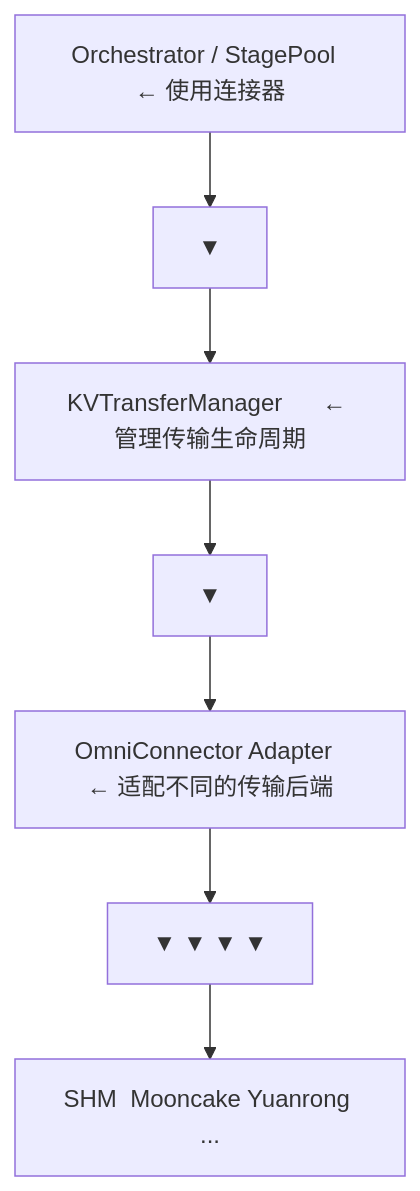
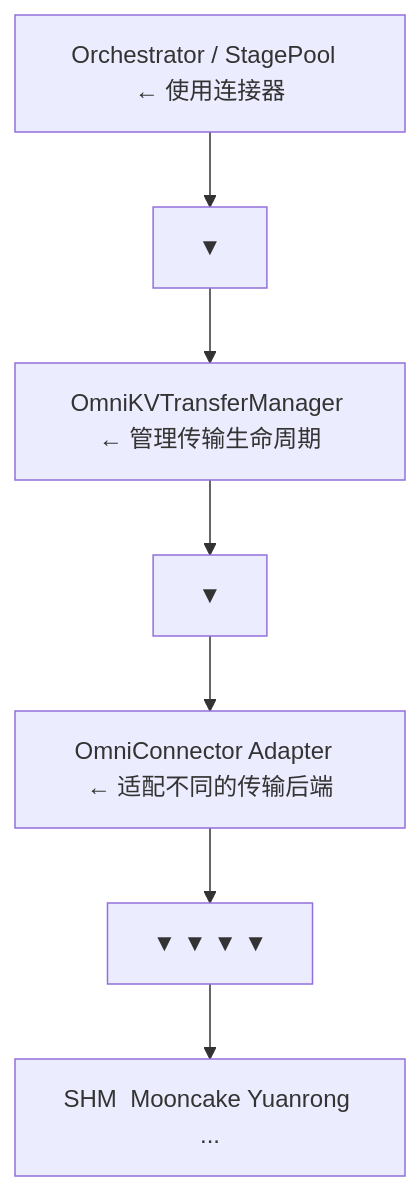
Before and after one commit to keyuanweb/ai-learning-path: the third of 3 diagrams in vllm-omni-learning-path/07-分布式与OmniConnector/01-OmniConnector架构.md, drawn with Mermaid. The commit also changed other lines of this file and 176 other files, not shown here.

First line of the commit message:
docs: 全仓库文档校对修复——错别字/失效链接/Mermaid图/源码引用

````diff
--- a/vllm-omni-learning-path/07-分布式与OmniConnector/01-OmniConnector架构.md
+++ b/vllm-omni-learning-path/07-分布式与OmniConnector/01-OmniConnector架构.md
@@ -43,16 +43,16 @@
 ```mermaid
 flowchart TD
   n0["Orchestrator / StagePool  ← 使用连接器"]
   n1["▼"]
-  n2["KVTransferManager      ← 管理传输生命周期"]
+  n2["OmniKVTransferManager ← 管理传输生命周期"]
   n3["▼"]
   n4["OmniConnector Adapter  ← 适配不同的传输后端"]
   n5["▼    ▼    ▼          ▼"]
   n6["SHM  Mooncake Yuanrong ..."]
   n0 --> n1
   n1 --> n2
   n2 --> n3
   n3 --> n4
   n4 --> n5
   n5 --> n6
 ```
````
